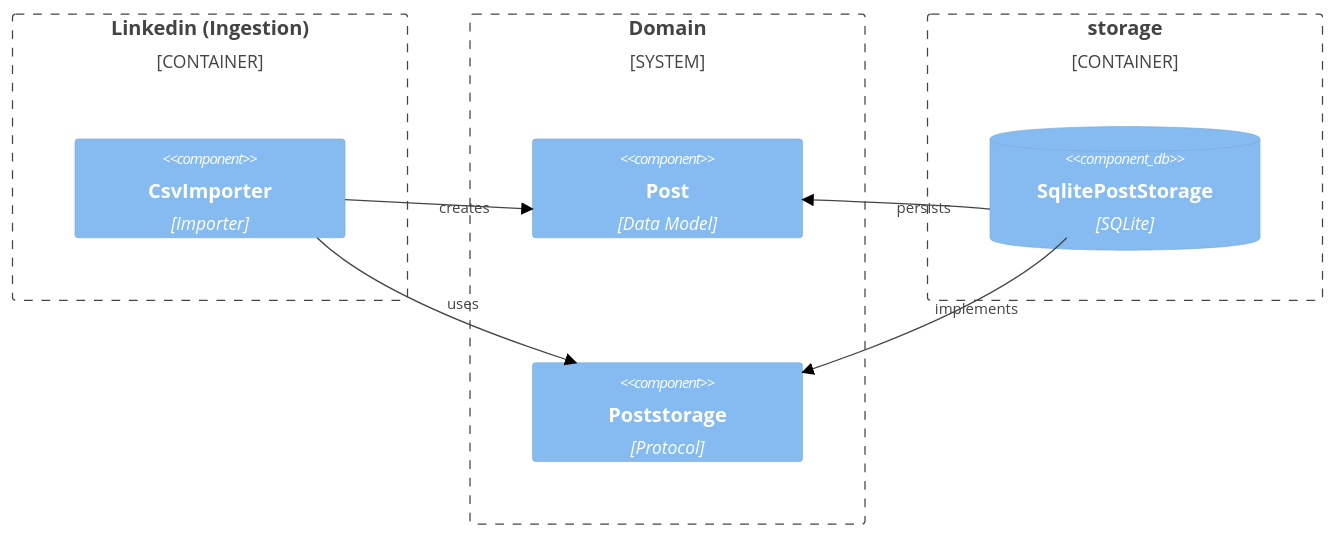
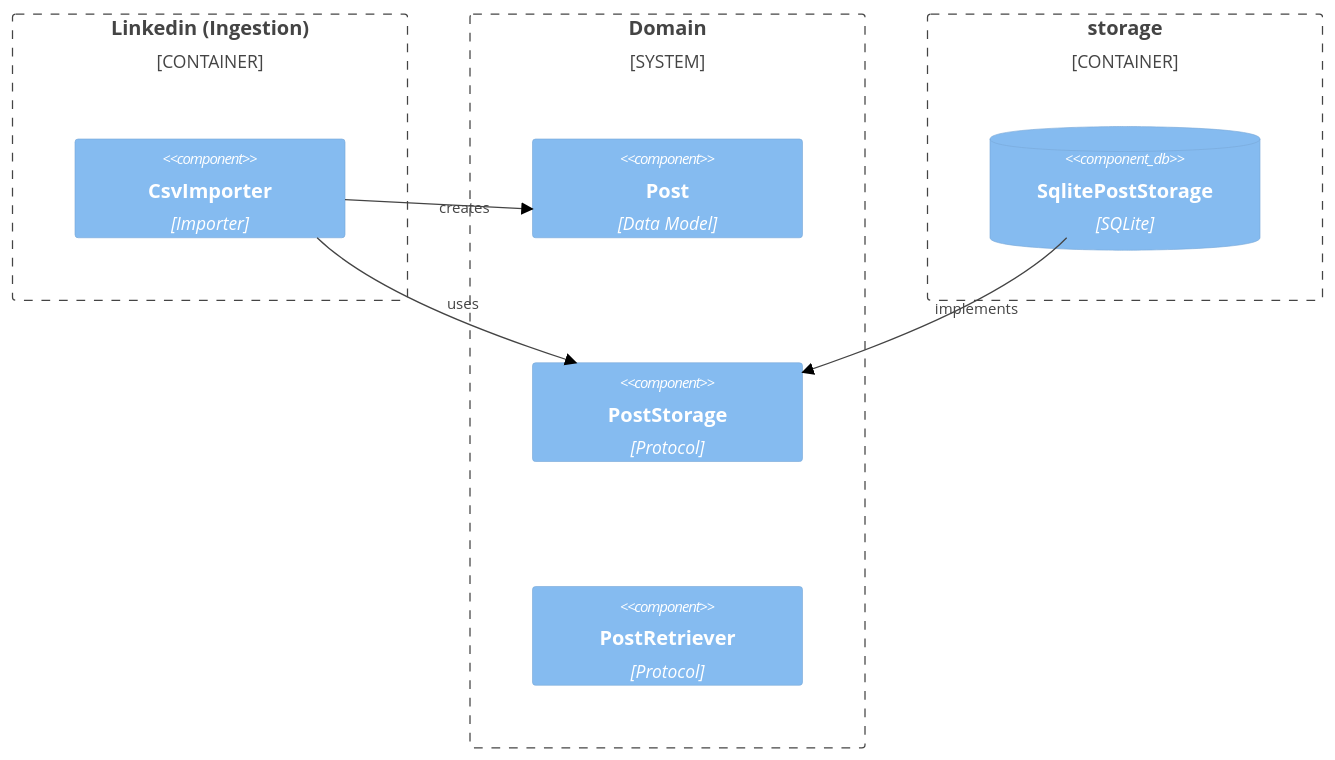
The second of 3 diagrams in src/linkedin_idea_to_post/README.md (ADarko22/linkedin-idea-to-post), drawn with Mermaid (neutral theme) before and after one commit. The commit also changed other lines of this file and 16 other files, not shown here.

Commit message:
Add Full-Text Search in sqlite_post_retrieval.py and used for searching relevant topics for voice examples; Add delete to PostStorage protocol and its Sqlite implementation

````diff
--- a/src/linkedin_idea_to_post/README.md
+++ b/src/linkedin_idea_to_post/README.md
@@ -37,21 +41,21 @@
 ```mermaid
 C4Component
     Container_Boundary(ingestion_b, "Linkedin (Ingestion)") {
         Component(importer, "CsvImporter", "Importer")
     }
 
     System_Boundary(domain_b, "Domain") {
         Component(post_m, "Post", "Data Model")
-        Component(storage_p, "Poststorage", "Protocol")
+        Component(storage_p, "PostStorage", "Protocol")
+        Component(retriever_p, "PostRetriever", "Protocol")
     }
 
     Container_Boundary(storage_b, "storage") {
         ComponentDb(storage, "SqlitePostStorage", "SQLite")
     }
 
     Rel_R(importer, post_m, "creates")
     Rel_R(importer, storage_p, "uses")
-    Rel_L(storage, post_m, "persists")
     Rel_L(storage, storage_p, "implements")
     UpdateLayoutConfig($c4ShapeInRow="1", $c4BoundaryInRow="3")
 ```
````
